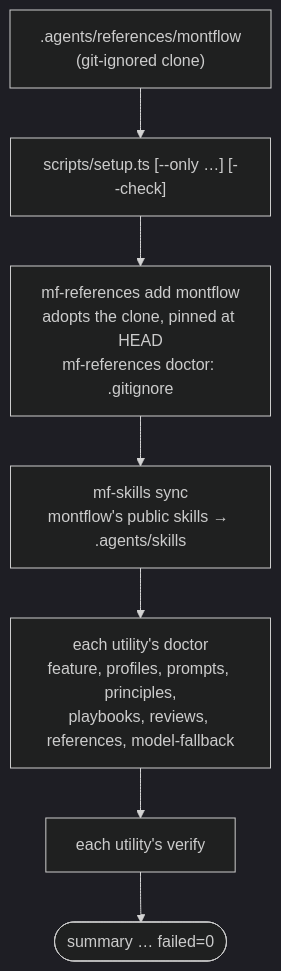
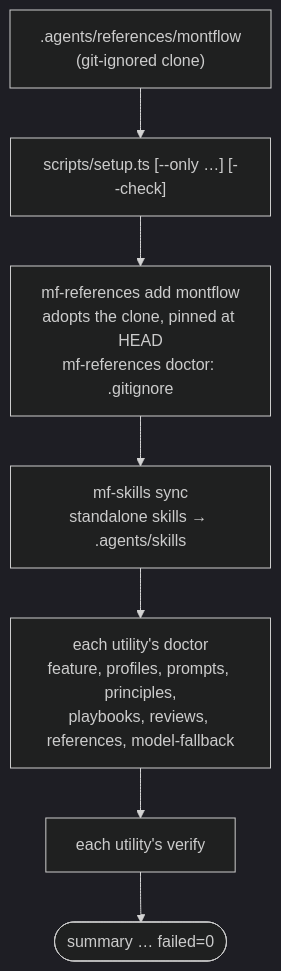
Before and after one commit to montflow/montflow: the diagram in README.md, drawn with Mermaid (dark theme). The commit also changed other lines of this file and 316 other files, not shown here.

````diff
--- a/README.md
+++ b/README.md
@@ -61,9 +61,9 @@
 ```mermaid
 flowchart TD
     clone[".agents/references/montflow<br/>(git-ignored clone)"] --> setup["scripts/setup.ts [--only …] [--check]"]
     setup --> reg["mf-references add montflow<br/>adopts the clone, pinned at HEAD<br/>mf-references doctor: .gitignore"]
-    reg --> sync["mf-skills sync<br/>montflow's public skills → .agents/skills"]
+    reg --> sync["mf-skills sync<br/>standalone skills → .agents/skills"]
     sync --> doctors["each utility's doctor<br/>feature, profiles, prompts, principles,<br/>playbooks, reviews, references, model-fallback"]
     doctors --> verify["each utility's verify"]
     verify --> summary(["summary … failed=0"])
 ```
````
